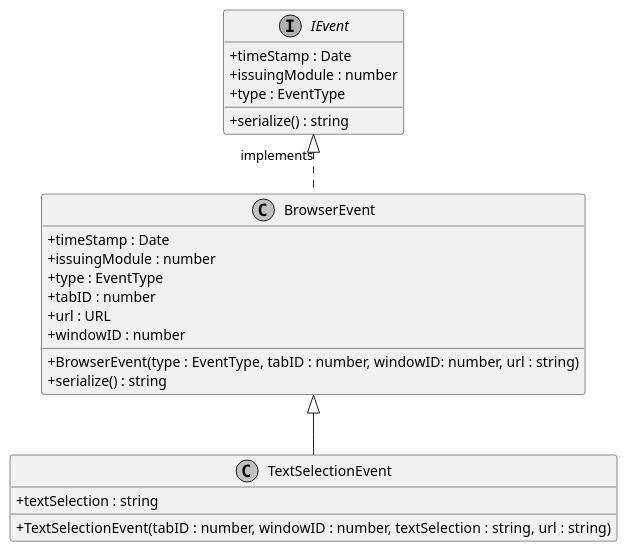
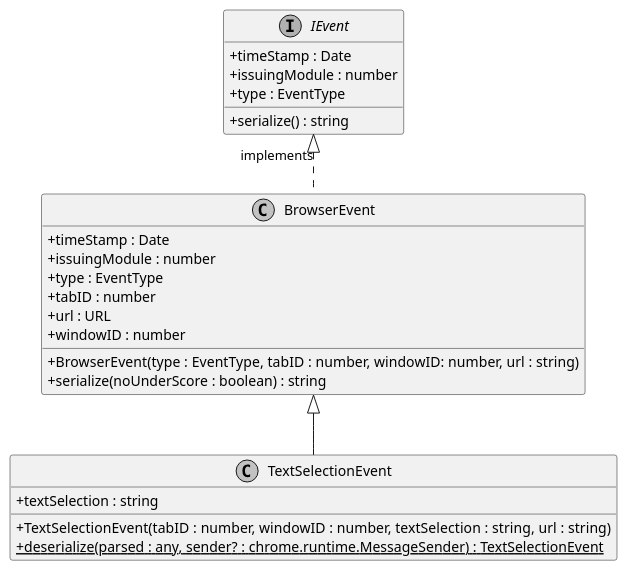
One commit to insightmind/MORR changed the diagram in documents/sd/plantuml/application/BrowserExtension/Listeners/TextSelectionEvent.puml. Above: the diagram before and after it, drawn with PlantUML. The commit also changed 21 other files, not shown here.

```diff
--- a/documents/sd/plantuml/application/BrowserExtension/Listeners/TextSelectionEvent.puml
+++ b/documents/sd/plantuml/application/BrowserExtension/Listeners/TextSelectionEvent.puml
@@ -1,27 +1,28 @@
 @startuml
 skinparam linetype ortho
 skinparam monochrome true
 skinparam classAttributeIconSize 0
 class TextSelectionEvent extends BrowserEvent {
     + textSelection : string
     + TextSelectionEvent(tabID : number, windowID : number, textSelection : string, url : string)
+    + {static} deserialize(parsed : any, sender? : chrome.runtime.MessageSender) : TextSelectionEvent
 }
 interface IEvent {
     + timeStamp : Date
     + issuingModule : number
     + type : EventType
     + serialize() : string
 }
 
 IEvent <|.DOWN. BrowserEvent : implements
 class BrowserEvent {
     + BrowserEvent(type : EventType, tabID : number, windowID: number, url : string)
     + timeStamp : Date
     + issuingModule : number
     + type : EventType
-    + serialize() : string
     + tabID : number
     + url : URL
     + windowID : number
+    + serialize(noUnderScore : boolean) : string
 }
 @enduml
```
